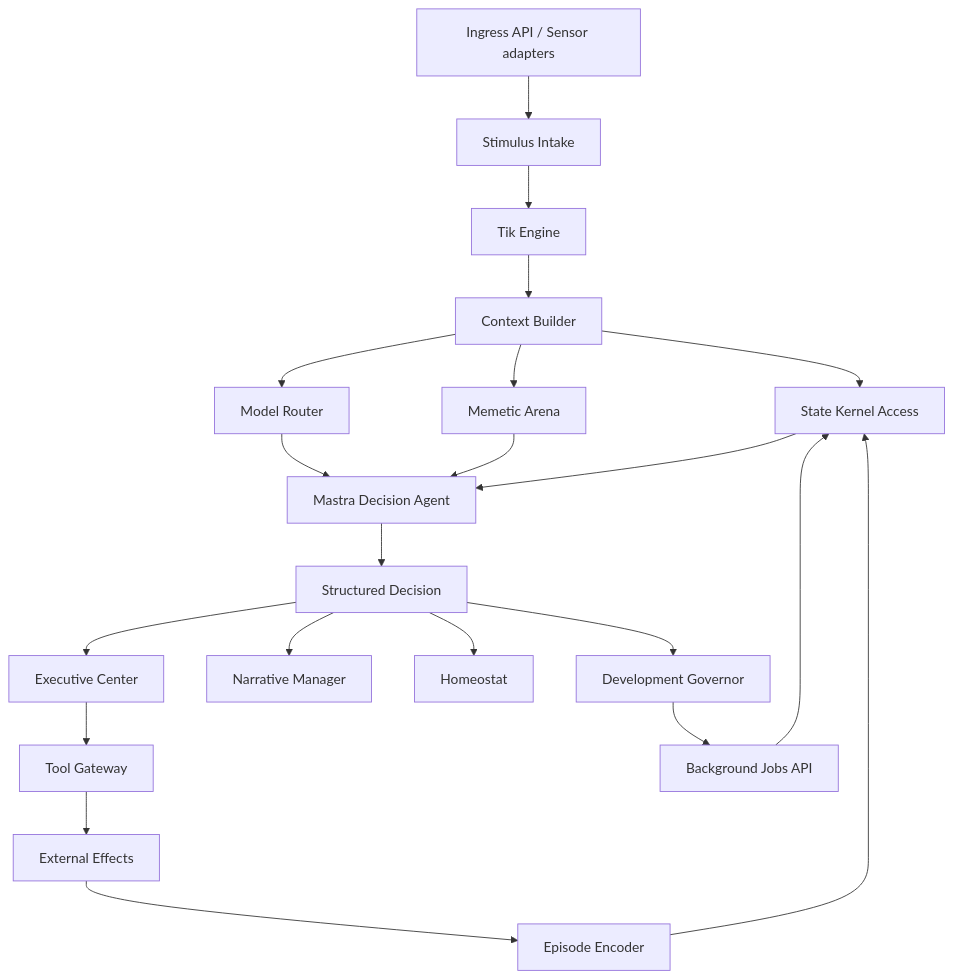
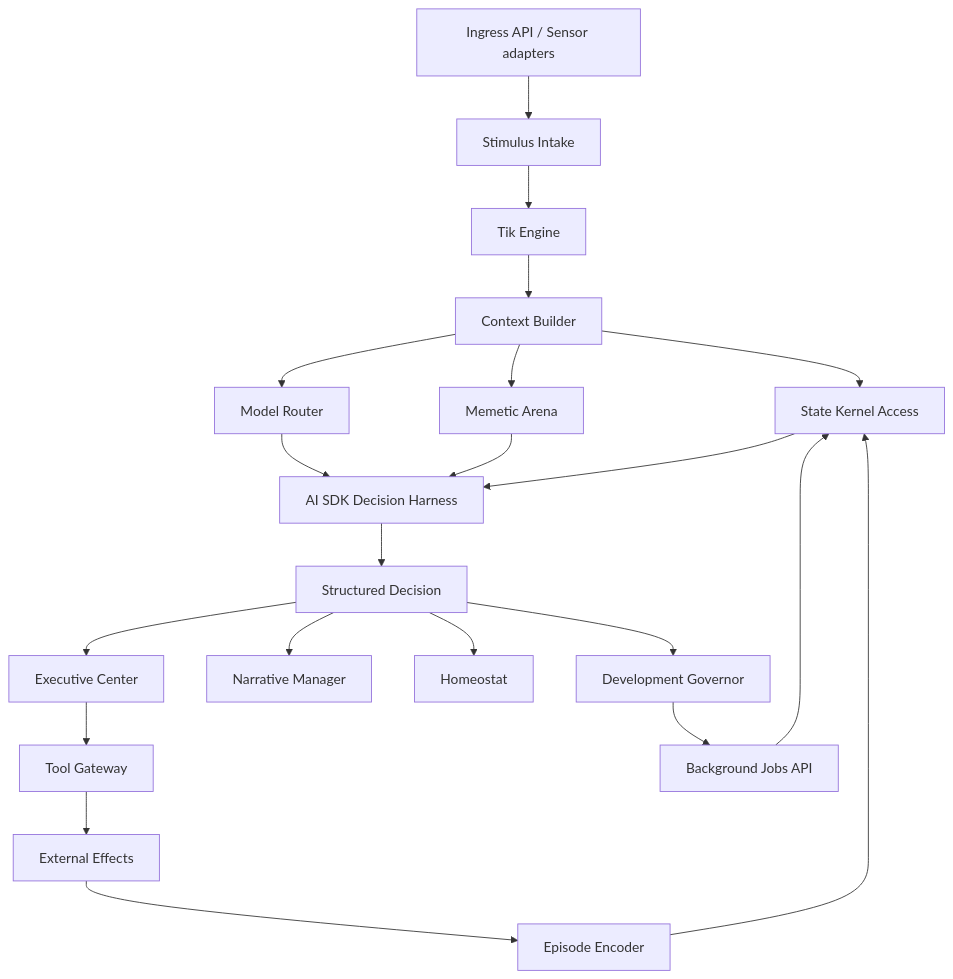
One commit to kostysh/yaagi changed the second of 2 diagrams in docs/architecture/system.md. Above: the diagram before and after it, drawn with Mermaid. The commit also changed other lines of this file and 25 other files, not shown here.

````diff
--- a/docs/architecture/system.md
+++ b/docs/architecture/system.md
@@ -313,23 +319,23 @@
 ```mermaid
 flowchart TD
     ingress[Ingress API / Sensor adapters] --> intake[Stimulus Intake]
     intake --> tick[Tik Engine]
     tick --> context[Context Builder]
     context --> memory[State Kernel Access]
     context --> memetics[Memetic Arena]
     context --> router[Model Router]
-    router --> agent[Mastra Decision Agent]
+    router --> agent[AI SDK Decision Harness]
     memetics --> agent
     memory --> agent
     agent --> decision[Structured Decision]
     decision --> exec[Executive Center]
     exec --> tools[Tool Gateway]
     tools --> world[External Effects]
     world --> episodes[Episode Encoder]
     episodes --> memory
     decision --> narrative[Narrative Manager]
     decision --> homeostat[Homeostat]
     decision --> governor[Development Governor]
     governor --> jobs[Background Jobs API]
     jobs --> memory
 ```
````
